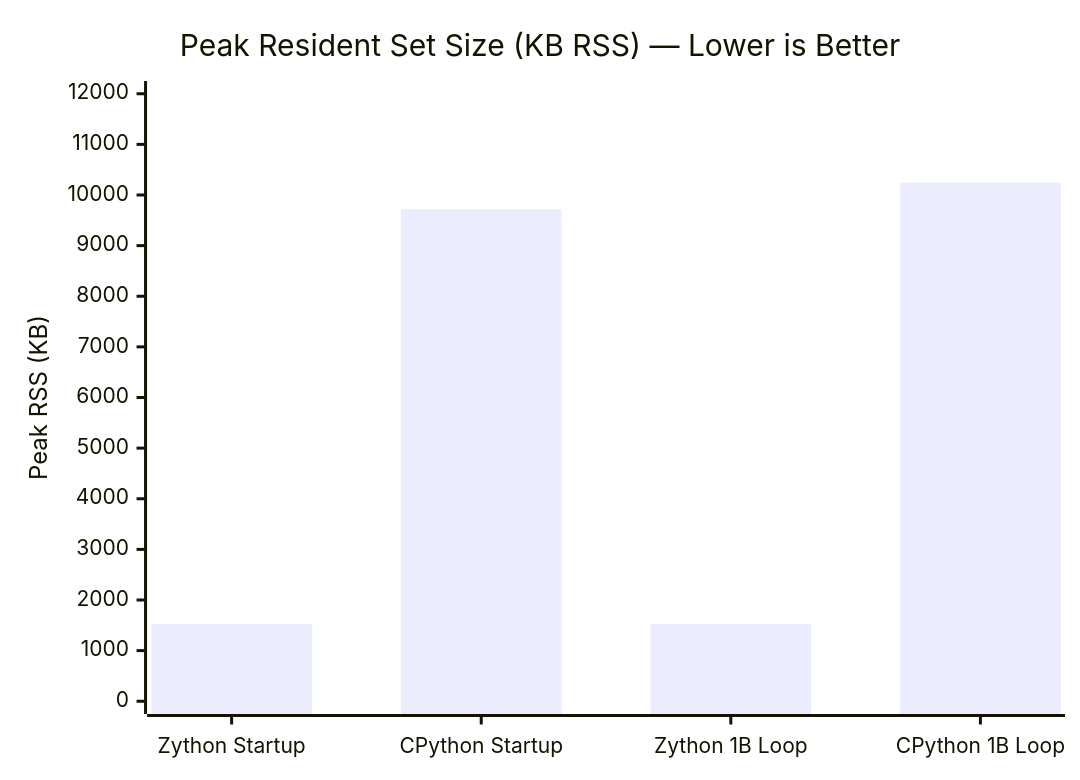
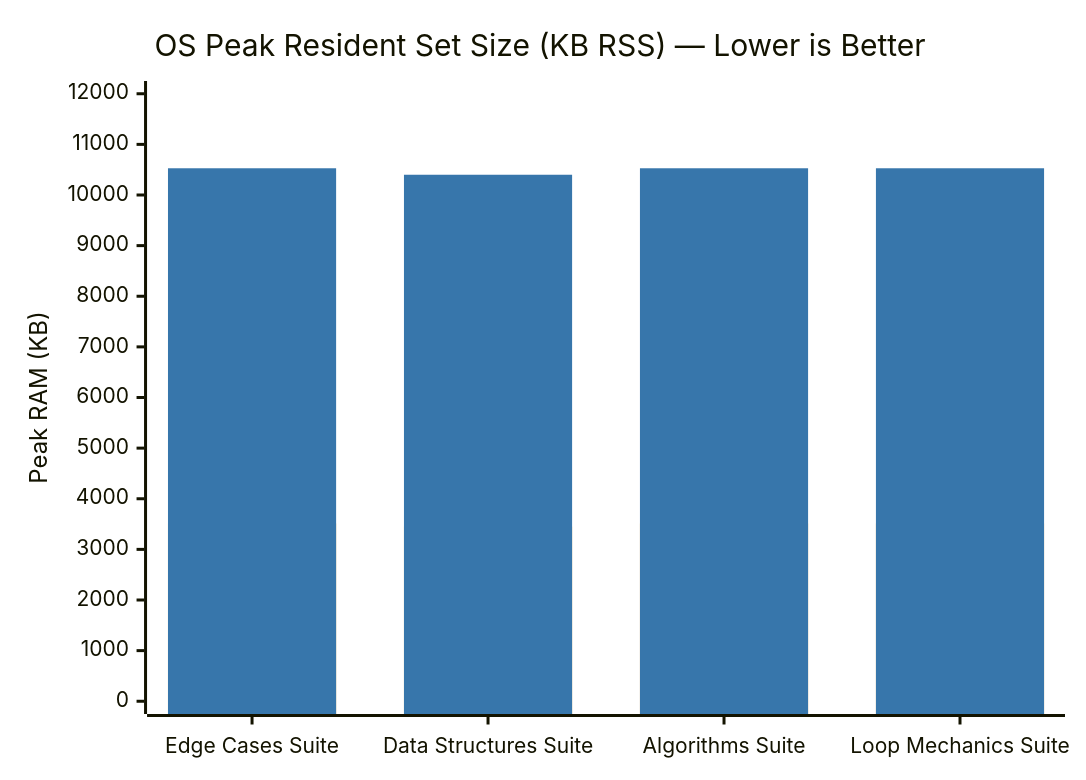
The second of 2 diagrams in README.md (babar-xagi/zython-), drawn with Mermaid before and after one commit. The commit also changed other lines of this file and 7 other files, not shown here.

````diff
--- a/README.md
+++ b/README.md
@@ -128,7 +158,9 @@
 ```mermaid
+%%{init: {"themeVariables": {"xyChart": {"plotColorPalette": "#F7A41D, #3776AB"}}}}%%
 xychart-beta
-    title "Peak Resident Set Size (KB RSS) — Lower is Better"
-    x-axis ["Zython Startup", "CPython Startup", "Zython 1B Loop", "CPython 1B Loop"]
-    y-axis "Peak RSS (KB)" 0 --> 12000
-    bar [1528, 9720, 1528, 10240]
+    title "OS Peak Resident Set Size (KB RSS) — Lower is Better"
+    x-axis ["Edge Cases Suite", "Data Structures Suite", "Algorithms Suite", "Loop Mechanics Suite"]
+    y-axis "Peak RAM (KB)" 0 --> 12000
+    bar [3512, 3450, 3512, 3512]
+    bar [10528, 10400, 10528, 10528]
 ```
````
